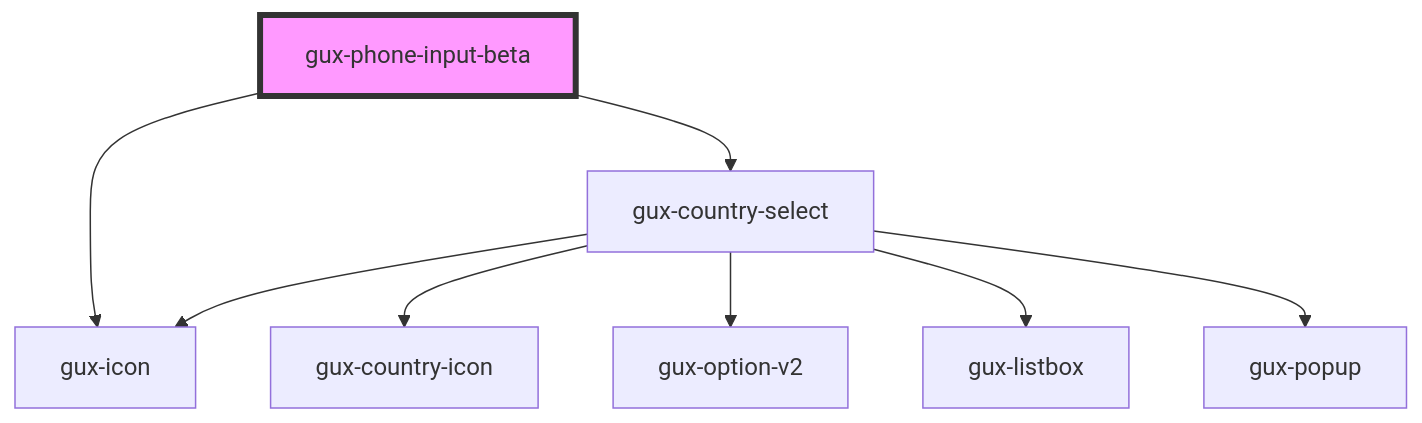
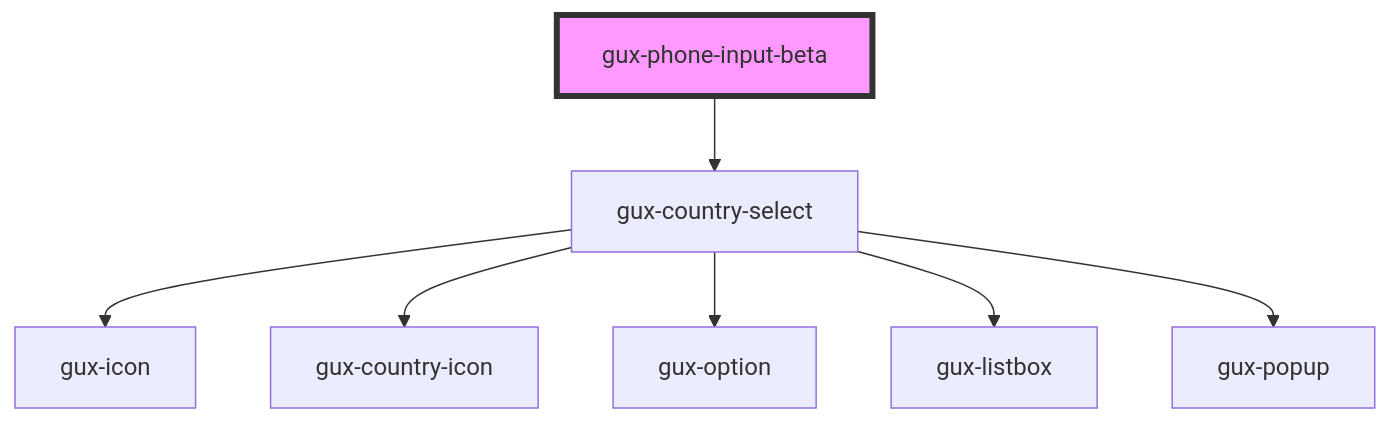
Before and after one commit to MyPureCloud/genesys-spark: the diagram in src/components/beta/gux-phone-input/readme.md, drawn with Mermaid. The commit also changed other lines of this file and 10 other files, not shown here.

Commit message:
chore(phone-input): finishing functionality and validation

````diff
--- a/src/components/beta/gux-phone-input/readme.md
+++ b/src/components/beta/gux-phone-input/readme.md
@@ -33,11 +32,10 @@
 ```mermaid
 graph TD;
   gux-phone-input-beta --> gux-country-select
-  gux-phone-input-beta --> gux-icon
   gux-country-select --> gux-icon
   gux-country-select --> gux-country-icon
-  gux-country-select --> gux-option-v2
+  gux-country-select --> gux-option
   gux-country-select --> gux-listbox
   gux-country-select --> gux-popup
   style gux-phone-input-beta fill:#f9f,stroke:#333,stroke-width:4px
 ```
````
